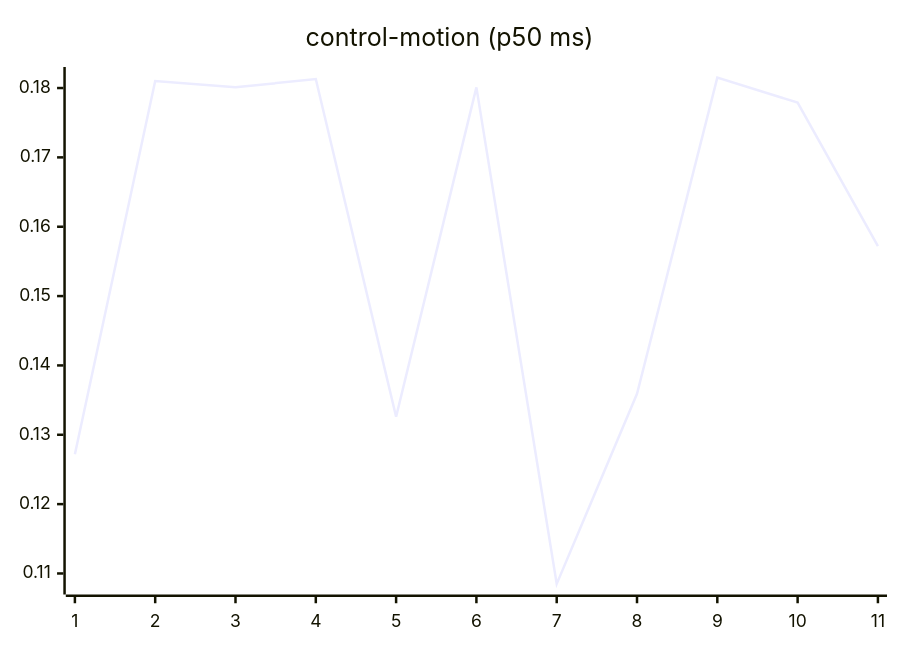
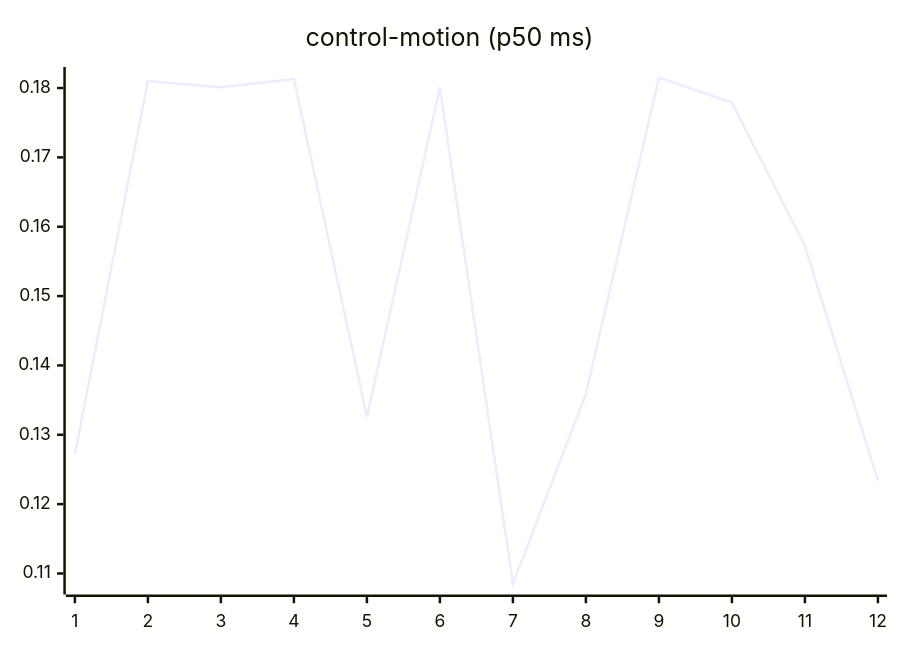
One commit to josha/Facet changed the seventh of 27 diagrams in README.md. Above: the diagram before and after it, drawn with Mermaid. The commit also changed other lines of this file and 2 other files, not shown here.

````diff
--- a/README.md
+++ b/README.md
@@ -105,6 +105,6 @@
 ```mermaid
 xychart-beta
     title "control-motion (p50 ms)"
-    x-axis 1 --> 11
-    line [0.1272, 0.1810, 0.1801, 0.1813, 0.1326, 0.1801, 0.1085, 0.1359, 0.1815, 0.1779, 0.1572]
+    x-axis 1 --> 12
+    line [0.1272, 0.1810, 0.1801, 0.1813, 0.1326, 0.1801, 0.1085, 0.1359, 0.1815, 0.1779, 0.1572, 0.1234]
 ```
````
